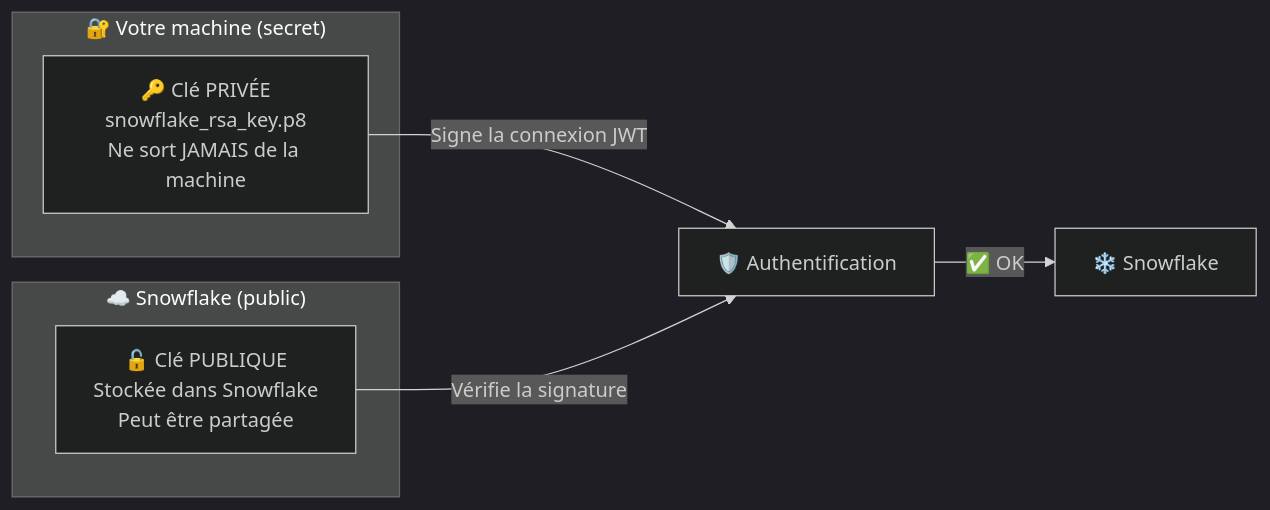
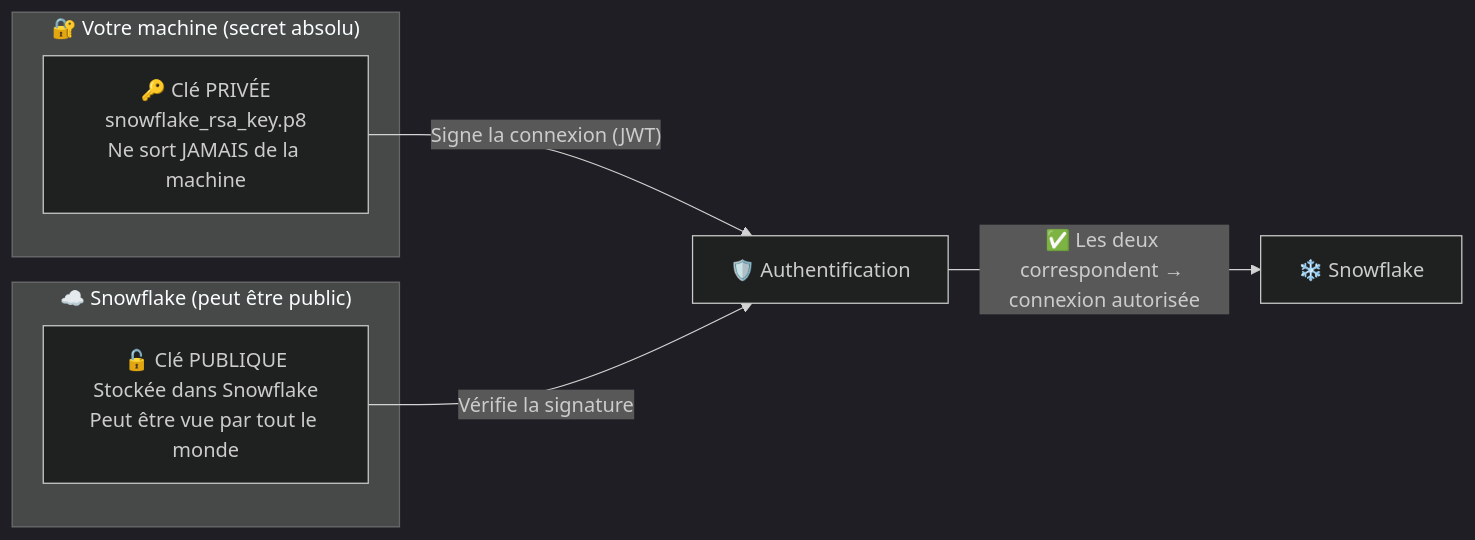
Before and after one commit to FaridChouchane/Boocamp_Analytics_Engineer_Ada: the fourth of 10 diagrams in Snowflake/Déploiement automatique avec Snowflake CLI/Reamde.md, drawn with Mermaid (dark theme). The commit also changed other lines of this file, not shown here.

````diff
--- a/Snowflake/Déploiement automatique avec Snowflake CLI/Reamde.md
+++ b/Snowflake/Déploiement automatique avec Snowflake CLI/Reamde.md
@@ -225,14 +286,14 @@
 ```mermaid
 graph LR
-    subgraph "🔐 Votre machine (secret)"
+    subgraph "🔐 Votre machine (secret absolu)"
         PRI[🔑 Clé PRIVÉE<br/>snowflake_rsa_key.p8<br/>Ne sort JAMAIS de la machine]
     end
 
-    subgraph "☁️ Snowflake (public)"
-        PUB[🔓 Clé PUBLIQUE<br/>Stockée dans Snowflake<br/>Peut être partagée]
+    subgraph "☁️ Snowflake (peut être public)"
+        PUB[🔓 Clé PUBLIQUE<br/>Stockée dans Snowflake<br/>Peut être vue par tout le monde]
     end
 
-    PRI -->|"Signe la connexion JWT"| AUTH[🛡️ Authentification]
+    PRI -->|"Signe la connexion (JWT)"| AUTH[🛡️ Authentification]
     PUB -->|"Vérifie la signature"| AUTH
-    AUTH -->|✅ OK| SF[❄️ Snowflake]
+    AUTH -->|✅ Les deux correspondent → connexion autorisée| SF[❄️ Snowflake]
 ```
````
